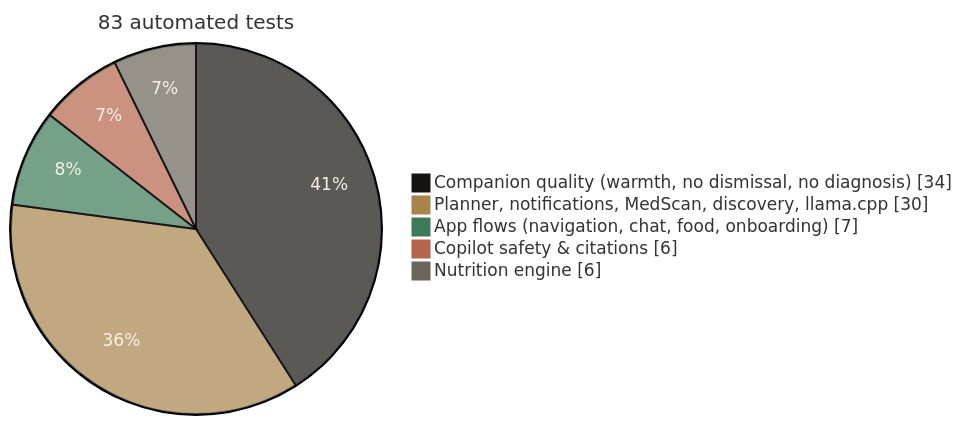
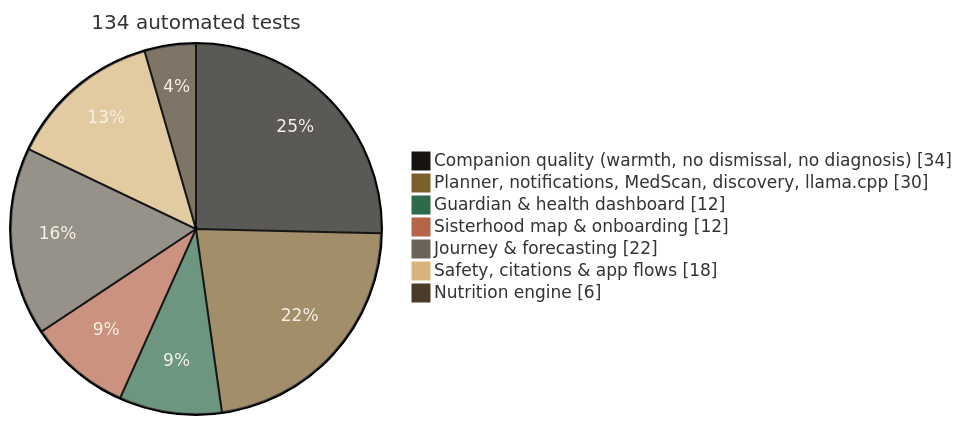
Before and after one commit to florina787/Data-sets: the fifth of 6 diagrams in femora/README.md, drawn with Mermaid. The commit also changed other lines of this file and 37 other files, not shown here.

````diff
--- a/femora/README.md
+++ b/femora/README.md
@@ -274,9 +336,11 @@
 ```mermaid
-%%{init: {'theme':'base','themeVariables':{'pie1':'#17140f','pie2':'#a8844c','pie3':'#3d7a58','pie4':'#b5654a','pie5':'#6b645a','pieTitleTextSize':'20px','pieSectionTextColor':'#f7f1e6','fontFamily':'Georgia'}}}%%
-pie showData title 83 automated tests
+%%{init: {'theme':'base','themeVariables':{'pie1':'#17140f','pie2':'#7c5f2b','pie3':'#2f6a4a','pie4':'#b5654a','pie5':'#6b645a','pie6':'#d7b57a','pie7':'#4a3c28','pieTitleTextSize':'20px','pieSectionTextColor':'#f7f1e6','fontFamily':'Georgia'}}}%%
+pie showData title 134 automated tests
     "Companion quality (warmth, no dismissal, no diagnosis)" : 34
     "Planner, notifications, MedScan, discovery, llama.cpp" : 30
-    "App flows (navigation, chat, food, onboarding)" : 7
-    "Copilot safety & citations" : 6
+    "Guardian & health dashboard" : 12
+    "Sisterhood map & onboarding" : 12
+    "Journey & forecasting" : 22
+    "Safety, citations & app flows" : 18
     "Nutrition engine" : 6
 ```
````
